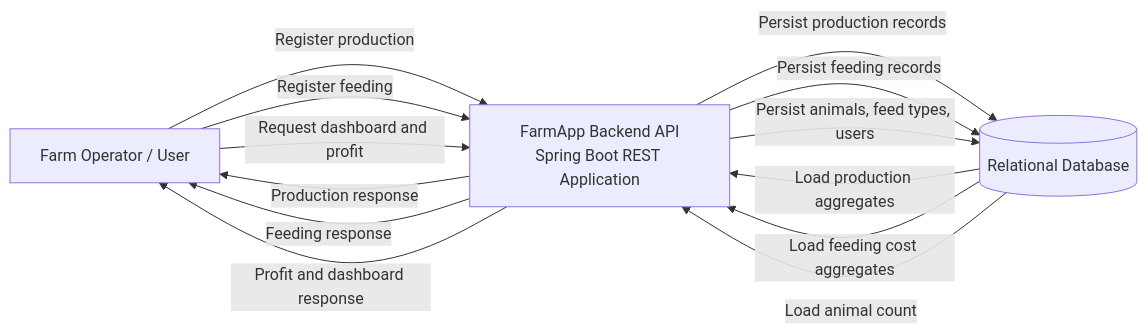
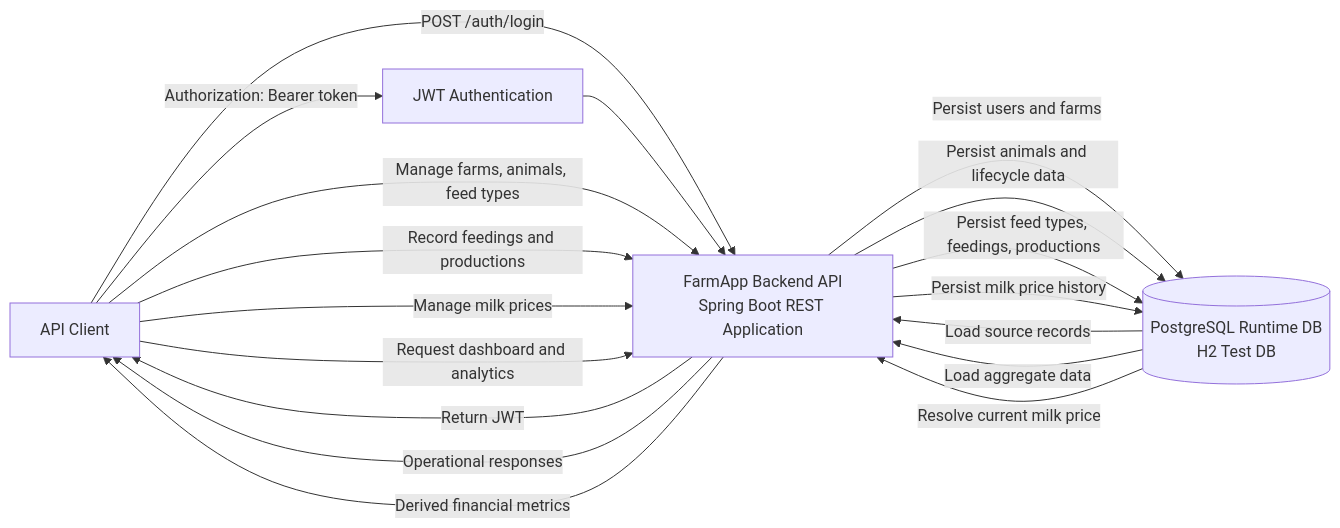
One commit to JUAN-P-A-B-L-O/farm_app changed the diagram in backend/farmapp/docs/diagrams/architecture.mmd. Above: the diagram before and after it, drawn with Mermaid. The commit also changed 16 other files, not shown here.

```diff
--- a/backend/farmapp/docs/diagrams/architecture.mmd
+++ b/backend/farmapp/docs/diagrams/architecture.mmd
@@ -1,20 +1,27 @@
 flowchart LR
-    U[Farm Operator / User]
+    U[API Client]
+    AUTH[JWT Authentication]
     API[FarmApp Backend API\nSpring Boot REST Application]
-    DB[(Relational Database)]
+    DB[(PostgreSQL Runtime DB\nH2 Test DB)]
 
-    U -->|Register production| API
-    U -->|Register feeding| API
-    U -->|Request dashboard and profit| API
+    U -->|POST /auth/login| API
+    API -->|Return JWT| U
+    U -->|Authorization: Bearer token| AUTH
+    AUTH --> API
 
-    API -->|Persist production records| DB
-    API -->|Persist feeding records| DB
-    API -->|Persist animals, feed types, users| DB
+    U -->|Manage farms, animals, feed types| API
+    U -->|Record feedings and productions| API
+    U -->|Manage milk prices| API
+    U -->|Request dashboard and analytics| API
 
-    DB -->|Load production aggregates| API
-    DB -->|Load feeding cost aggregates| API
-    DB -->|Load animal count| API
+    API -->|Persist users and farms| DB
+    API -->|Persist animals and lifecycle data| DB
+    API -->|Persist feed types, feedings, productions| DB
+    API -->|Persist milk price history| DB
 
-    API -->|Production response| U
-    API -->|Feeding response| U
-    API -->|Profit and dashboard response| U
+    DB -->|Load source records| API
+    DB -->|Load aggregate data| API
+    DB -->|Resolve current milk price| API
+
+    API -->|Operational responses| U
+    API -->|Derived financial metrics| U
```
